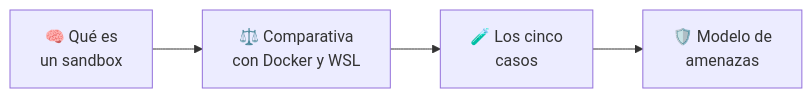
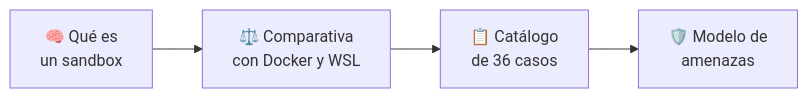
Before and after one commit to vladimiracunadev-create/sandbox-labs: the diagram in docs/README.md, drawn with Mermaid. The commit also changed other lines of this file and 48 other files, not shown here.

First line of the commit message:
El catálogo decía cinco casos y el prompt maestro pedía treinta y seis

````diff
--- a/docs/README.md
+++ b/docs/README.md
@@ -12,4 +18,4 @@
 ```mermaid
 flowchart LR
-  A["🧠 Qué es<br/>un sandbox"] --> B["⚖️ Comparativa<br/>con Docker y WSL"] --> C["🧪 Los cinco<br/>casos"] --> D["🛡️ Modelo de<br/>amenazas"]
+  A["🧠 Qué es<br/>un sandbox"] --> B["⚖️ Comparativa<br/>con Docker y WSL"] --> C["📋 Catálogo<br/>de 36 casos"] --> D["🛡️ Modelo de<br/>amenazas"]
 ```
````
